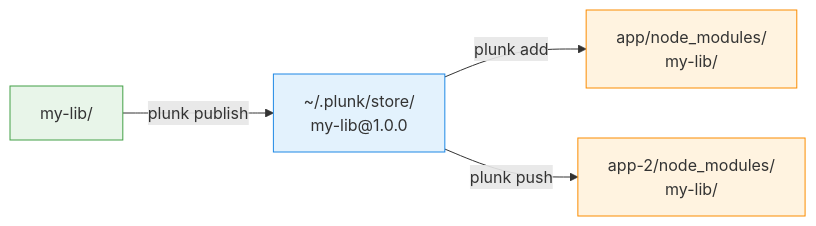
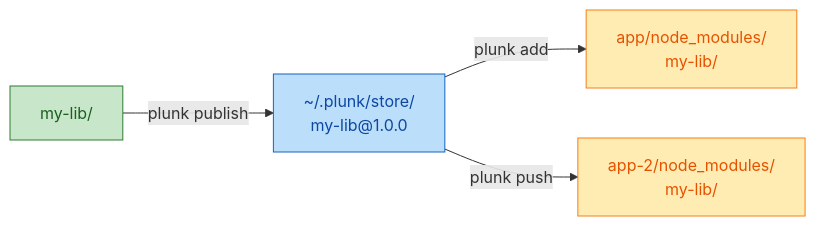
Before and after one commit to oleg-kuibar/plunk: the diagram in README.md, drawn with Mermaid. The commit also changed 10 other files, not shown here.

First line of the commit message:
docs: theme-safe mermaid colors, tighten prose

````diff
--- a/README.md
+++ b/README.md
@@ -19,11 +19,11 @@
 ```mermaid
 graph LR
     A["my-lib/"] -- "plunk publish" --> B["~/.plunk/store/<br/>my-lib@1.0.0"]
     B -- "plunk add" --> C["app/node_modules/<br/>my-lib/"]
     B -- "plunk push" --> D["app-2/node_modules/<br/>my-lib/"]
 
-    style A fill:#e8f5e9,stroke:#43a047
-    style B fill:#e3f2fd,stroke:#1e88e5
-    style C fill:#fff3e0,stroke:#fb8c00
-    style D fill:#fff3e0,stroke:#fb8c00
+    style A fill:#c8e6c9,stroke:#2e7d32,color:#1b5e20
+    style B fill:#bbdefb,stroke:#1565c0,color:#0d47a1
+    style C fill:#ffecb3,stroke:#f57f17,color:#e65100
+    style D fill:#ffecb3,stroke:#f57f17,color:#e65100
 ```
````
